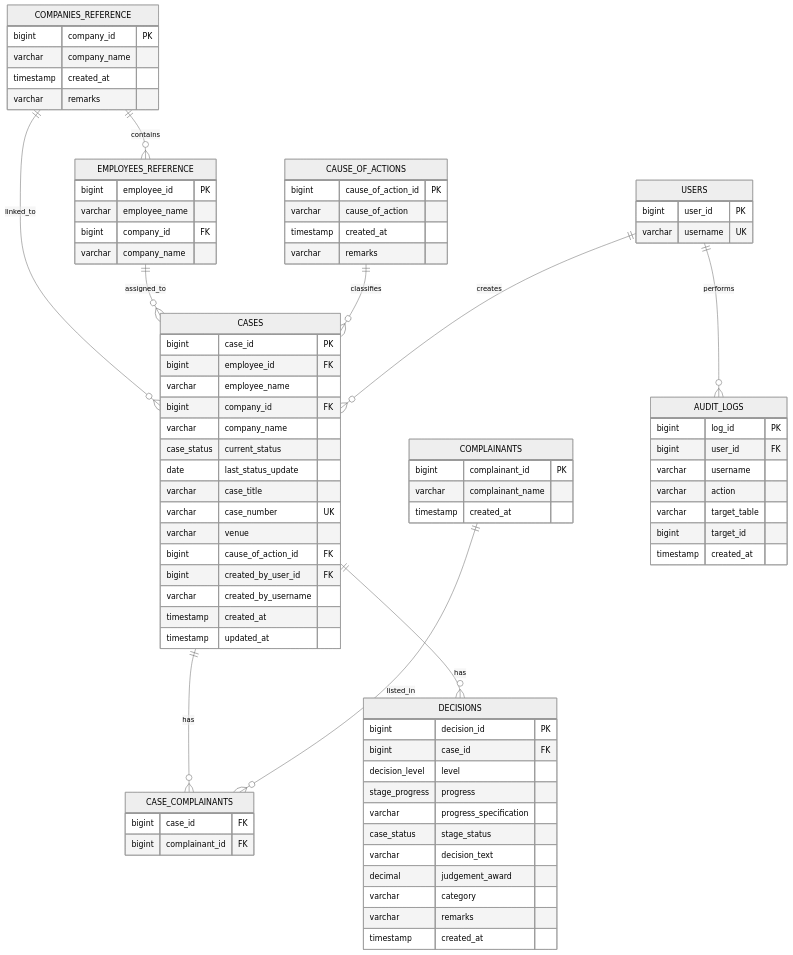
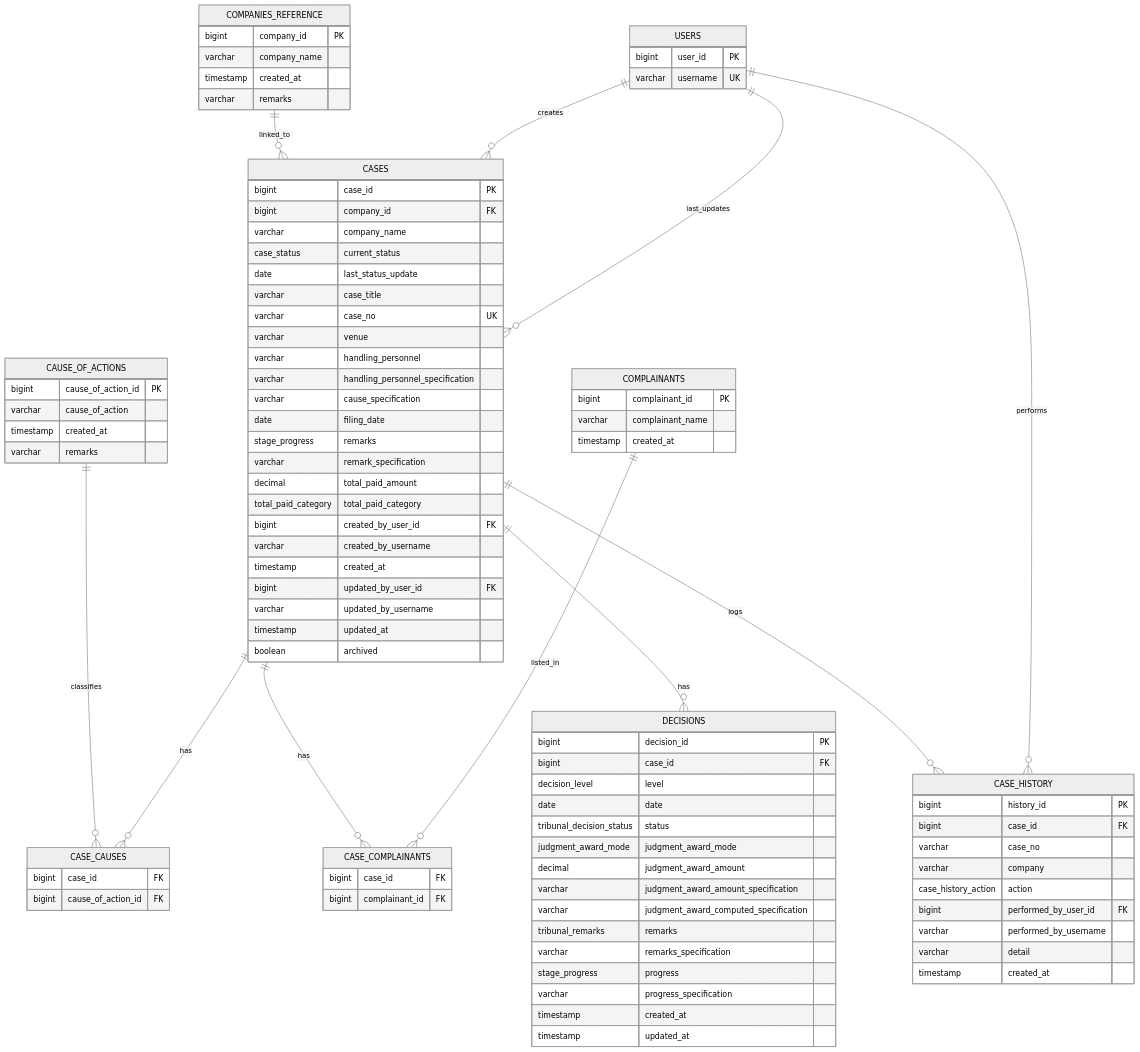
One commit to isturiscedrick/Case_Management changed the diagram in database-diagram.md. Above: the diagram before and after it, drawn with Mermaid (neutral theme). The commit also changed other lines of this file and 3 other files, not shown here.

````diff
--- a/database-diagram.md
+++ b/database-diagram.md
@@ -5,27 +5,21 @@
 ```mermaid
 erDiagram
-  COMPANIES_REFERENCE ||--o{ EMPLOYEES_REFERENCE : contains
   COMPANIES_REFERENCE ||--o{ CASES : linked_to
-  EMPLOYEES_REFERENCE ||--o{ CASES : assigned_to
-  CAUSE_OF_ACTIONS ||--o{ CASES : classifies
+  CAUSE_OF_ACTIONS ||--o{ CASE_CAUSES : classifies
+  CASES ||--o{ CASE_CAUSES : has
   USERS ||--o{ CASES : creates
+  USERS ||--o{ CASES : last_updates
   CASES ||--o{ CASE_COMPLAINANTS : has
   COMPLAINANTS ||--o{ CASE_COMPLAINANTS : listed_in
   CASES ||--o{ DECISIONS : has
-  USERS ||--o{ AUDIT_LOGS : performs
+  CASES ||--o{ CASE_HISTORY : logs
+  USERS ||--o{ CASE_HISTORY : performs
 
   COMPANIES_REFERENCE {
     bigint company_id PK
     varchar company_name
     timestamp created_at
     varchar remarks
-  }
-
-  EMPLOYEES_REFERENCE {
-    bigint employee_id PK
-    varchar employee_name
-    bigint company_id FK
-    varchar company_name
   }
 
   USERS {
@@ -48,20 +42,28 @@
 
   CASES {
     bigint case_id PK
-    bigint employee_id FK
-    varchar employee_name
     bigint company_id FK
     varchar company_name
     case_status current_status
     date last_status_update
     varchar case_title
-    varchar case_number UK
+    varchar case_no UK
     varchar venue
-    bigint cause_of_action_id FK
+    varchar handling_personnel
+    varchar handling_personnel_specification
+    varchar cause_specification
+    date filing_date
+    stage_progress remarks
+    varchar remark_specification
+    decimal total_paid_amount
+    total_paid_category total_paid_category
     bigint created_by_user_id FK
     varchar created_by_username
     timestamp created_at
+    bigint updated_by_user_id FK
+    varchar updated_by_username
     timestamp updated_at
+    boolean archived
   }
 
   CASE_COMPLAINANTS {
@@ -69,27 +71,38 @@
     bigint complainant_id FK
   }
 
+  CASE_CAUSES {
+    bigint case_id FK
+    bigint cause_of_action_id FK
+  }
+
   DECISIONS {
     bigint decision_id PK
     bigint case_id FK
     decision_level level
+    date date
+    tribunal_decision_status status
+    judgment_award_mode judgment_award_mode
+    decimal judgment_award_amount
+    varchar judgment_award_amount_specification
+    varchar judgment_award_computed_specification
+    tribunal_remarks remarks
+    varchar remarks_specification
     stage_progress progress
     varchar progress_specification
-    case_status stage_status
-    varchar decision_text
-    decimal judgement_award
-    varchar category
-    varchar remarks
     timestamp created_at
+    timestamp updated_at
   }
 
-  AUDIT_LOGS {
-    bigint log_id PK
-    bigint user_id FK
-    varchar username
-    varchar action
-    varchar target_table
-    bigint target_id
+  CASE_HISTORY {
+    bigint history_id PK
+    bigint case_id FK
+    varchar case_no
+    varchar company
+    case_history_action action
+    bigint performed_by_user_id FK
+    varchar performed_by_username
+    varchar detail
     timestamp created_at
   }
 ```
````
